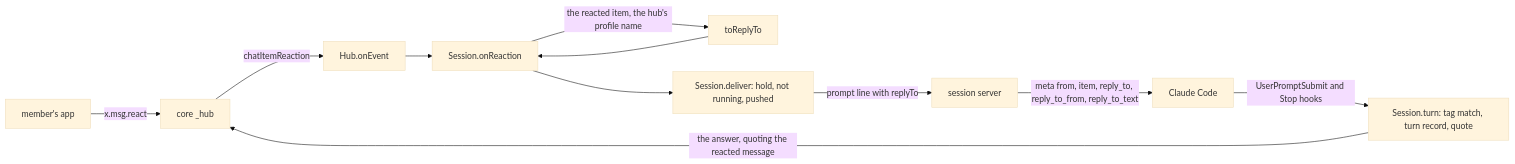
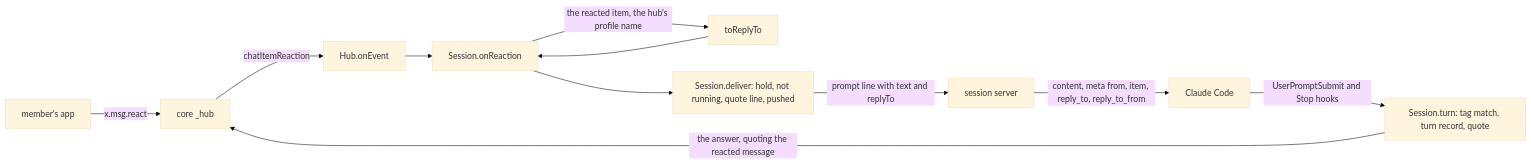
Before and after one commit to simplex-chat/simplex-chat: the fourth of 4 diagrams in plans/2026-11-12-mcp-reactions.md, drawn with Mermaid (base theme). The commit also changed other lines of this file, not shown here.

Commit message:
plan: mcp-reactions, Q2 decided, reply form with a quote line

````diff
--- a/plans/2026-11-12-mcp-reactions.md
+++ b/plans/2026-11-12-mcp-reactions.md
@@ -303,13 +274,13 @@
 ```mermaid
 flowchart LR
   APP[member's app] -- x.msg.react --> CORE[core _hub]
   CORE -- chatItemReaction --> HUB[Hub.onEvent]
   HUB --> SES[Session.onReaction]
   SES -- the reacted item, the hub's profile name --> RT[toReplyTo]
   RT --> SES
-  SES --> DEL[Session.deliver: hold, not running, pushed]
-  DEL -- prompt line with replyTo --> SRV[session server]
-  SRV -- meta from, item, reply_to, reply_to_from, reply_to_text --> CC[Claude Code]
+  SES --> DEL[Session.deliver: hold, not running, quote line, pushed]
+  DEL -- prompt line with text and replyTo --> SRV[session server]
+  SRV -- content, meta from, item, reply_to, reply_to_from --> CC[Claude Code]
   CC -- UserPromptSubmit and Stop hooks --> TURN[Session.turn: tag match, turn record, quote]
   TURN -- the answer, quoting the reacted message --> CORE
 ```
````
